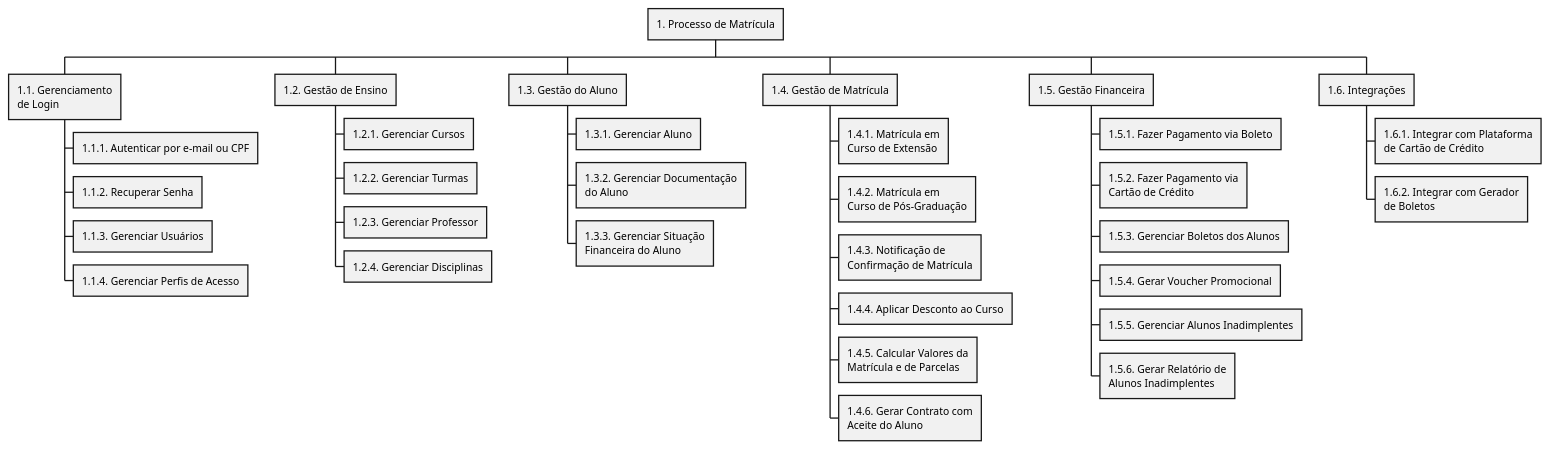
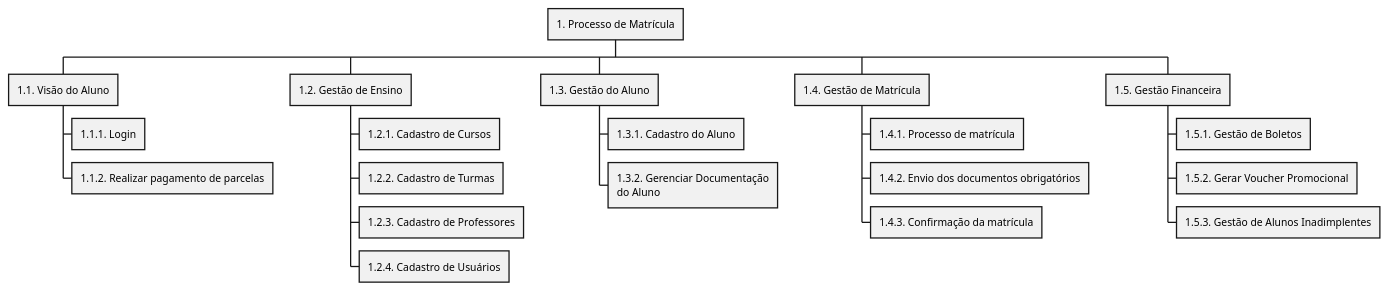
The diagram in diagrama-eap.puml (PosGraduacaoEquipe7/diagramas-plant-uml), drawn with PlantUML before and after one commit.

Commit message:
Refatorada a EAP

```diff
--- a/diagrama-eap.puml
+++ b/diagrama-eap.puml
@@ -1,36 +1,24 @@
 @startwbs EAP
 
 * 1. Processo de Matrícula
-** 1.1. Gerenciamento\nde Login
-*** 1.1.1. Autenticar por e-mail ou CPF
-*** 1.1.2. Recuperar Senha
-*** 1.1.3. Gerenciar Usuários
-*** 1.1.4. Gerenciar Perfis de Acesso
+** 1.1. Visão do Aluno
+*** 1.1.1. Login
+*** 1.1.2. Realizar pagamento de parcelas
 ** 1.2. Gestão de Ensino
-*** 1.2.1. Gerenciar Cursos
-*** 1.2.2. Gerenciar Turmas
-*** 1.2.3. Gerenciar Professor
-*** 1.2.4. Gerenciar Disciplinas
+*** 1.2.1. Cadastro de Cursos
+*** 1.2.2. Cadastro de Turmas
+*** 1.2.3. Cadastro de Professores
+*** 1.2.4. Cadastro de Usuários
 ** 1.3. Gestão do Aluno
-*** 1.3.1. Gerenciar Aluno
+*** 1.3.1. Cadastro do Aluno
 *** 1.3.2. Gerenciar Documentação\ndo Aluno
-*** 1.3.3. Gerenciar Situação\nFinanceira do Aluno
 ** 1.4. Gestão de Matrícula
-*** 1.4.1. Matrícula em\nCurso de Extensão
-*** 1.4.2. Matrícula em\nCurso de Pós-Graduação
-*** 1.4.3. Notificação de\nConfirmação de Matrícula
-*** 1.4.4. Aplicar Desconto ao Curso
-*** 1.4.5. Calcular Valores da\nMatrícula e de Parcelas
-*** 1.4.6. Gerar Contrato com\nAceite do Aluno
+*** 1.4.1. Processo de matrícula
+*** 1.4.2. Envio dos documentos obrigatórios
+*** 1.4.3. Confirmação da matrícula
 ** 1.5. Gestão Financeira
-*** 1.5.1. Fazer Pagamento via Boleto
-*** 1.5.2. Fazer Pagamento via\nCartão de Crédito
-*** 1.5.3. Gerenciar Boletos dos Alunos
-*** 1.5.4. Gerar Voucher Promocional
-*** 1.5.5. Gerenciar Alunos Inadimplentes
-*** 1.5.6. Gerar Relatório de\nAlunos Inadimplentes
-** 1.6. Integrações
-*** 1.6.1. Integrar com Plataforma\nde Cartão de Crédito
-*** 1.6.2. Integrar com Gerador\nde Boletos
+*** 1.5.1. Gestão de Boletos
+*** 1.5.2. Gerar Voucher Promocional
+*** 1.5.3. Gestão de Alunos Inadimplentes
 
 @endwbs
```
